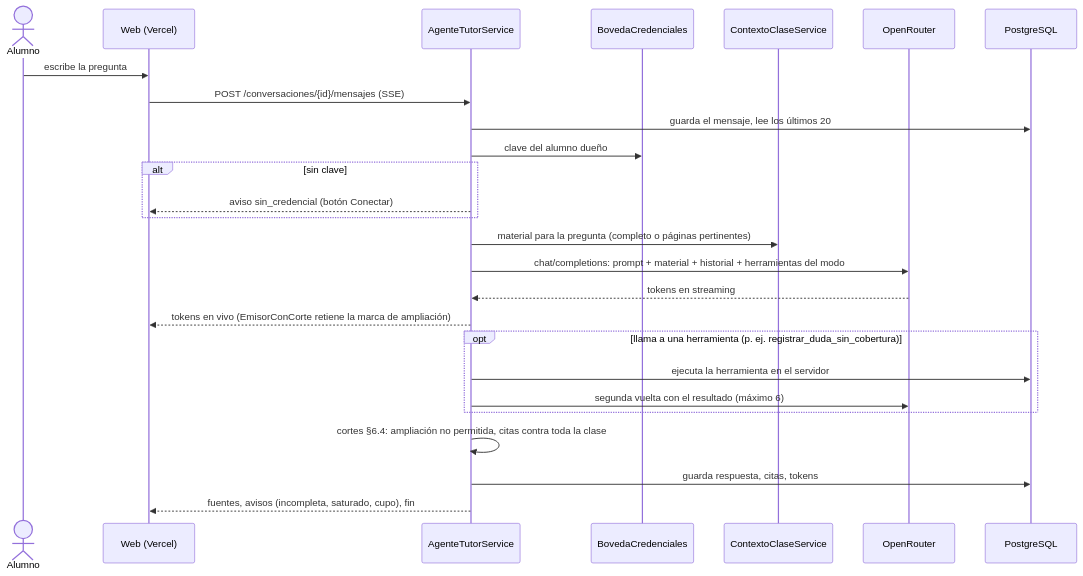
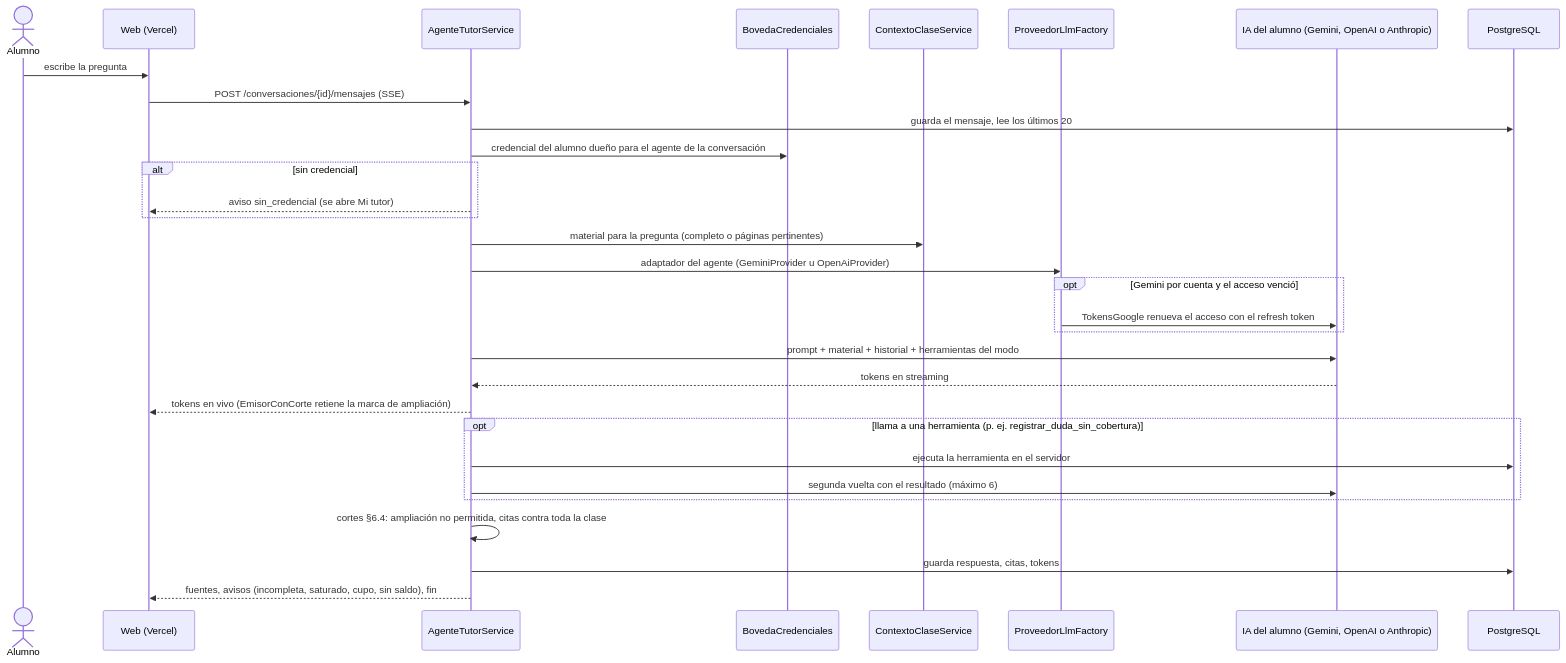
The seventh of 11 diagrams in specs/05-flujos-del-agente-tutor.md (hideakiuchida/TutorPre), drawn with Mermaid before and after one commit. The commit also changed other lines of this file and 26 other files, not shown here.

First line of the commit message:
Specs sin OpenRouter, diagramas al día y guía de usuario en PDF

````diff
--- a/specs/05-flujos-del-agente-tutor.md
+++ b/specs/05-flujos-del-agente-tutor.md
@@ -483,29 +538,34 @@
 ```mermaid
 sequenceDiagram
     actor U as Alumno
     participant W as Web (Vercel)
     participant T as AgenteTutorService
     participant B as BovedaCredenciales
     participant K as ContextoClaseService
-    participant O as OpenRouter
+    participant F as ProveedorLlmFactory
+    participant O as IA del alumno (Gemini, OpenAI o Anthropic)
     participant D as PostgreSQL
 
     U->>W: escribe la pregunta
     W->>T: POST /conversaciones/{id}/mensajes (SSE)
     T->>D: guarda el mensaje, lee los últimos 20
-    T->>B: clave del alumno dueño
-    alt sin clave
-        T-->>W: aviso sin_credencial (botón Conectar)
+    T->>B: credencial del alumno dueño para el agente de la conversación
+    alt sin credencial
+        T-->>W: aviso sin_credencial (se abre Mi tutor)
     end
     T->>K: material para la pregunta (completo o páginas pertinentes)
-    T->>O: chat/completions: prompt + material + historial + herramientas del modo
+    T->>F: adaptador del agente (GeminiProvider u OpenAiProvider)
+    opt Gemini por cuenta y el acceso venció
+        F->>O: TokensGoogle renueva el acceso con el refresh token
+    end
+    T->>O: prompt + material + historial + herramientas del modo
     O-->>T: tokens en streaming
     T-->>W: tokens en vivo (EmisorConCorte retiene la marca de ampliación)
     opt llama a una herramienta (p. ej. registrar_duda_sin_cobertura)
         T->>D: ejecuta la herramienta en el servidor
         T->>O: segunda vuelta con el resultado (máximo 6)
     end
     T->>T: cortes §6.4: ampliación no permitida, citas contra toda la clase
     T->>D: guarda respuesta, citas, tokens
-    T-->>W: fuentes, avisos (incompleta, saturado, cupo), fin
+    T-->>W: fuentes, avisos (incompleta, saturado, cupo, sin saldo), fin
 ```
````
